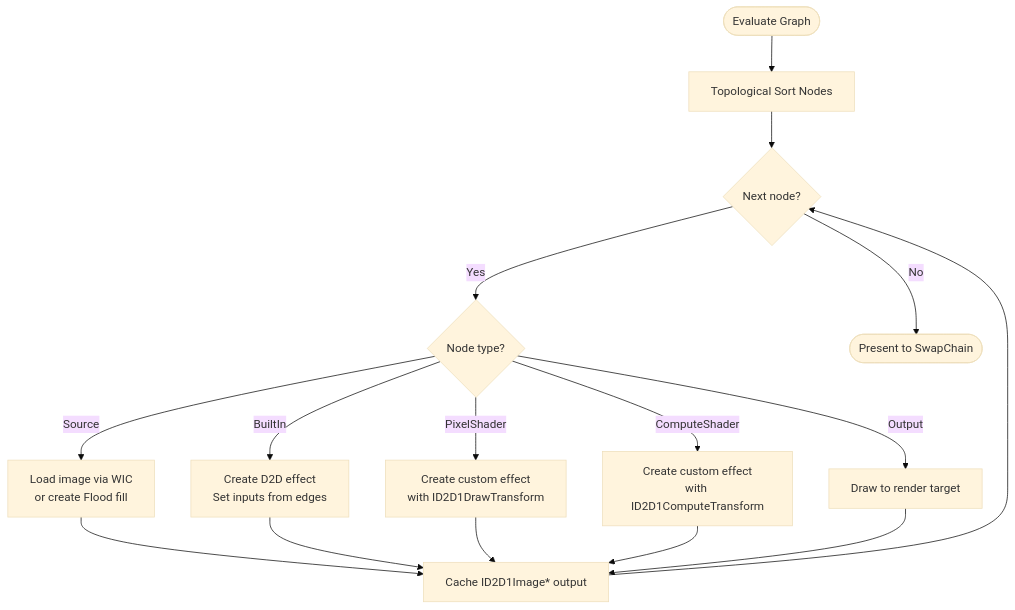
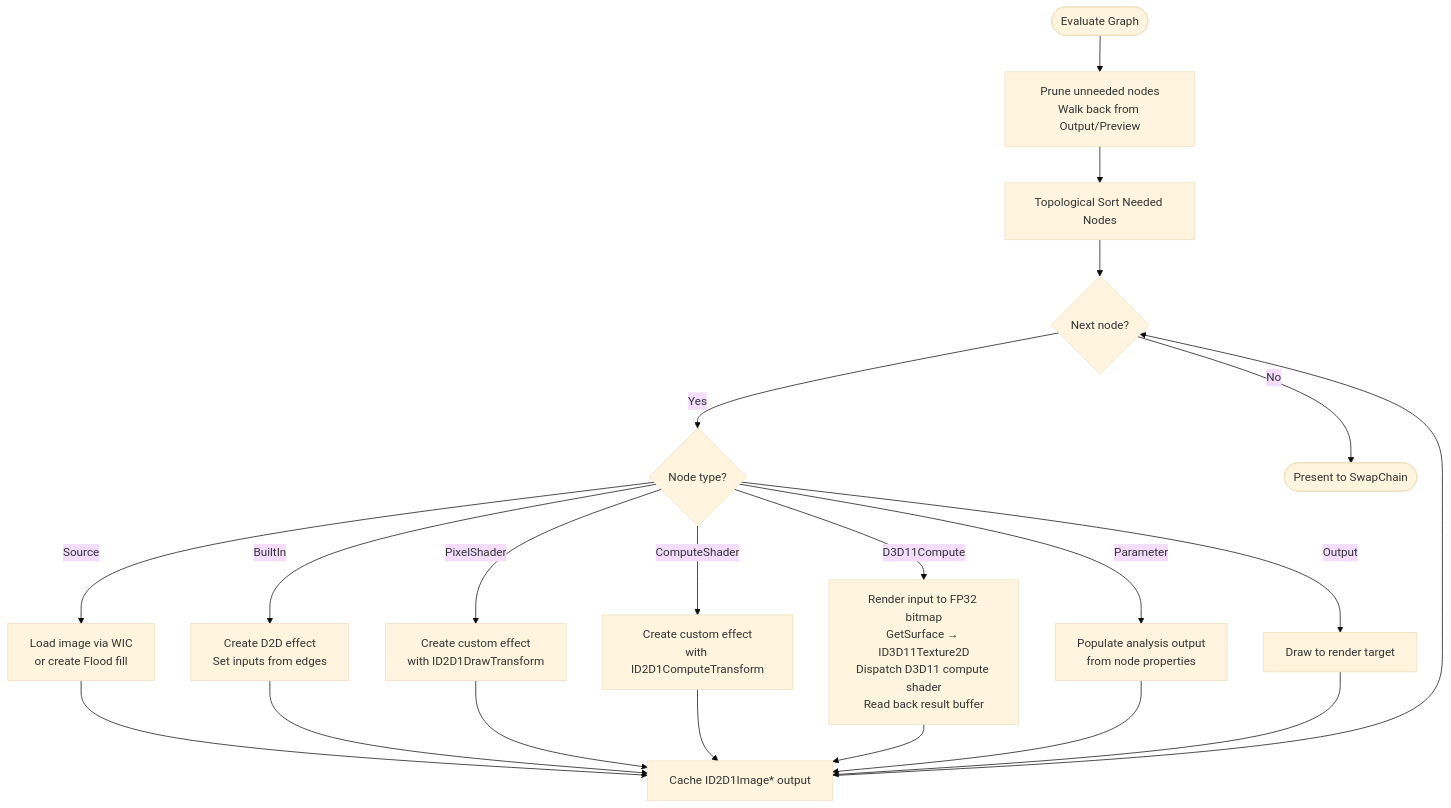
One commit to Spruill-1/ShaderLab changed the sixth of 8 diagrams in README.md. Above: the diagram before and after it, drawn with Mermaid (base theme). The commit also changed other lines of this file, not shown here.

First line of the commit message:
Update README.md with Day 6 architecture changes

````diff
--- a/README.md
+++ b/README.md
@@ -256,18 +267,23 @@
 ```mermaid
 flowchart TD
-    START([Evaluate Graph]) --> TOPO[Topological Sort Nodes]
+    START([Evaluate Graph]) --> PRUNE[Prune unneeded nodes<br/>Walk back from Output/Preview]
+    PRUNE --> TOPO[Topological Sort Needed Nodes]
     TOPO --> LOOP{Next node?}
     LOOP -->|Yes| CHECK{Node type?}
     CHECK -->|Source| LOAD[Load image via WIC<br/>or create Flood fill]
     CHECK -->|BuiltIn| D2D[Create D2D effect<br/>Set inputs from edges]
     CHECK -->|PixelShader| PS[Create custom effect<br/>with ID2D1DrawTransform]
     CHECK -->|ComputeShader| CS[Create custom effect<br/>with ID2D1ComputeTransform]
+    CHECK -->|D3D11Compute| D3D11[Render input to FP32 bitmap<br/>GetSurface → ID3D11Texture2D<br/>Dispatch D3D11 compute shader<br/>Read back result buffer]
+    CHECK -->|Parameter| PARAM[Populate analysis output<br/>from node properties]
     CHECK -->|Output| OUT[Draw to render target]
     LOAD --> CACHE[Cache ID2D1Image* output]
     D2D --> CACHE
     PS --> CACHE
     CS --> CACHE
+    D3D11 --> CACHE
+    PARAM --> CACHE
     OUT --> CACHE
     CACHE --> LOOP
     LOOP -->|No| PRESENT([Present to SwapChain])
 ```
````
